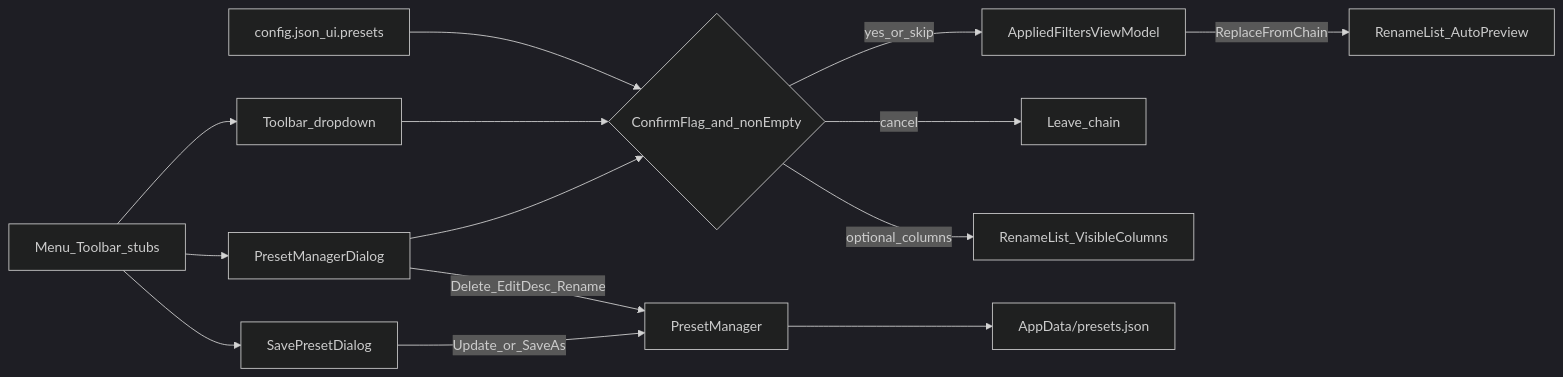
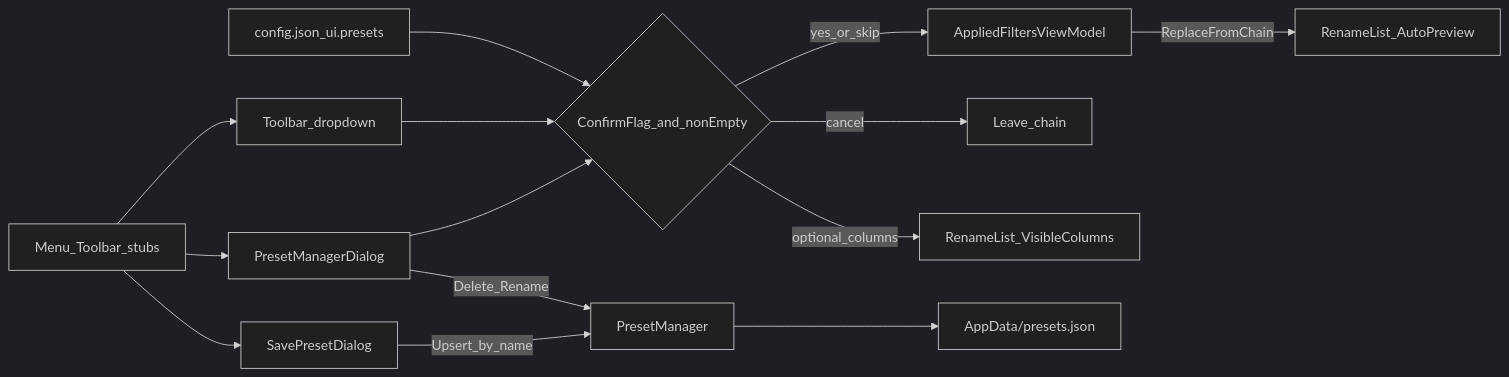
The diagram in docs/plans/presets-ui.plan.md (davidohana/finebytes), drawn with Mermaid (dark theme) before and after one commit. The commit also changed other lines of this file and 7 other files, not shown here.

````diff
--- a/docs/plans/presets-ui.plan.md
+++ b/docs/plans/presets-ui.plan.md
@@ -45,16 +45,16 @@
 ```mermaid
 flowchart LR
   stubs[Menu_Toolbar_stubs] --> mgr[PresetManagerDialog]
   stubs --> saveDlg[SavePresetDialog]
-  saveDlg -->|Update_or_SaveAs| pm[PresetManager]
+  saveDlg -->|Upsert_by_name| pm[PresetManager]
   mgr --> confirmGate{ConfirmFlag_and_nonEmpty}
   stubs --> quickPick[Toolbar_dropdown]
   quickPick --> confirmGate
   confirmGate -->|yes_or_skip| applied[AppliedFiltersViewModel]
   confirmGate -->|cancel| stay[Leave_chain]
   applied -->|ReplaceFromChain| preview[RenameList_AutoPreview]
   confirmGate -->|optional_columns| rlCols[RenameList_VisibleColumns]
-  mgr -->|Delete_EditDesc_Rename| pm
+  mgr -->|Delete_Rename| pm
   pm --> json["AppData/presets.json"]
   cfg["config.json_ui.presets"] --> confirmGate
 ```
````
